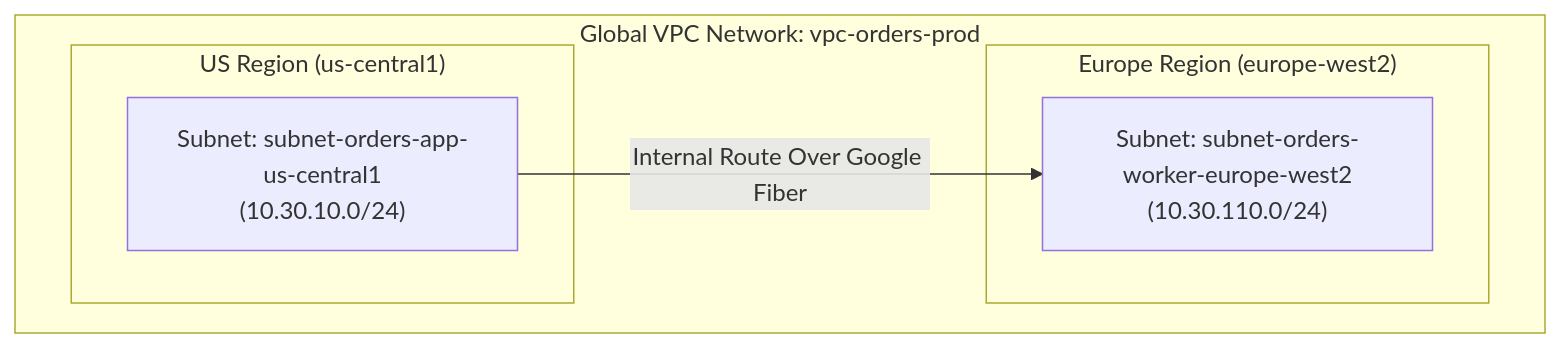
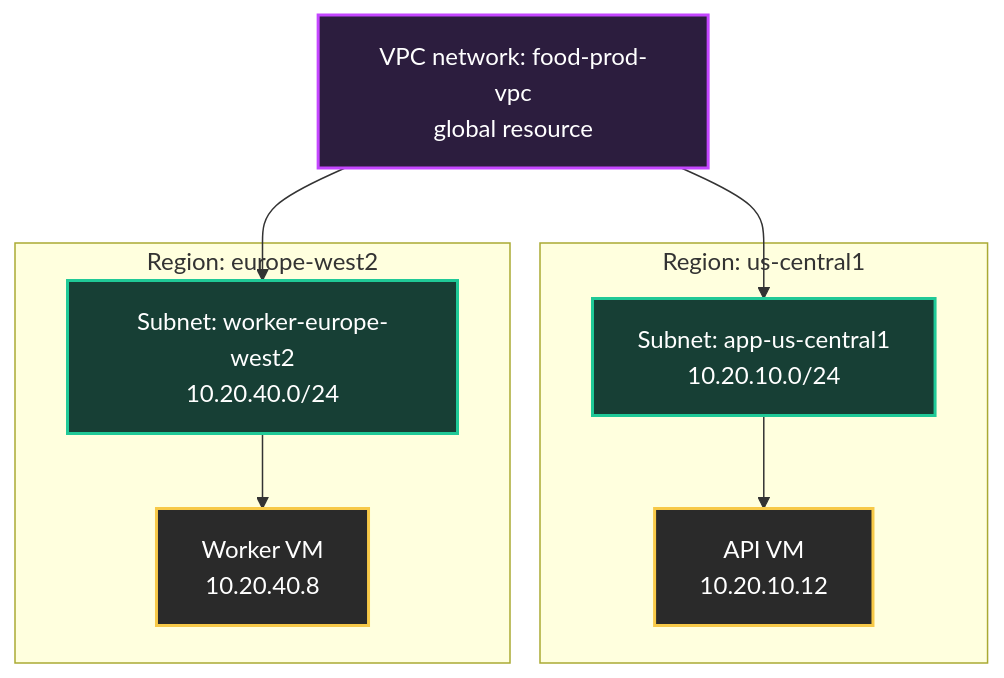
The first of 2 diagrams in cloud-providers/gcp/networking-connectivity/what-is-a-gcp-vpc.md (senlinyy/dev-roadmaps), drawn with Mermaid before and after one commit. The commit also changed other lines of this file and 260 other files, not shown here.

````diff
--- a/cloud-providers/gcp/networking-connectivity/what-is-a-gcp-vpc.md
+++ b/cloud-providers/gcp/networking-connectivity/what-is-a-gcp-vpc.md
@@ -44,13 +45,23 @@
 ```mermaid
-flowchart TD
-    subgraph GlobalVPC["Global VPC Network: vpc-orders-prod"]
-        subgraph RegionUS["US Region (us-central1)"]
-            SubnetUS["Subnet: subnet-orders-app-us-central1<br/>(10.30.10.0/24)"]
-        end
-        subgraph RegionEU["Europe Region (europe-west2)"]
-            SubnetEU["Subnet: subnet-orders-worker-europe-west2<br/>(10.30.110.0/24)"]
-        end
+flowchart TB
+    VPC["VPC network: food-prod-vpc<br/>global resource"]:::network
+
+    subgraph US["Region: us-central1"]
+        USSubnet["Subnet: app-us-central1<br/>10.20.10.0/24"]:::subnet
+        USApi["API VM<br/>10.20.10.12"]:::vm
     end
 
-    SubnetUS -->|Internal Route Over Google Fiber| SubnetEU
+    subgraph EU["Region: europe-west2"]
+        EUSubnet["Subnet: worker-europe-west2<br/>10.20.40.0/24"]:::subnet
+        EUWorker["Worker VM<br/>10.20.40.8"]:::vm
+    end
+
+    VPC --> USSubnet
+    VPC --> EUSubnet
+    USSubnet --> USApi
+    EUSubnet --> EUWorker
+
+    classDef network fill:#2c1d3e,stroke:#c446ff,stroke-width:2px,color:#fff
+    classDef subnet fill:#173f35,stroke:#20c997,stroke-width:2px,color:#fff
+    classDef vm fill:#2a2a2a,stroke:#f7c948,stroke-width:2px,color:#fff
 ```
````
